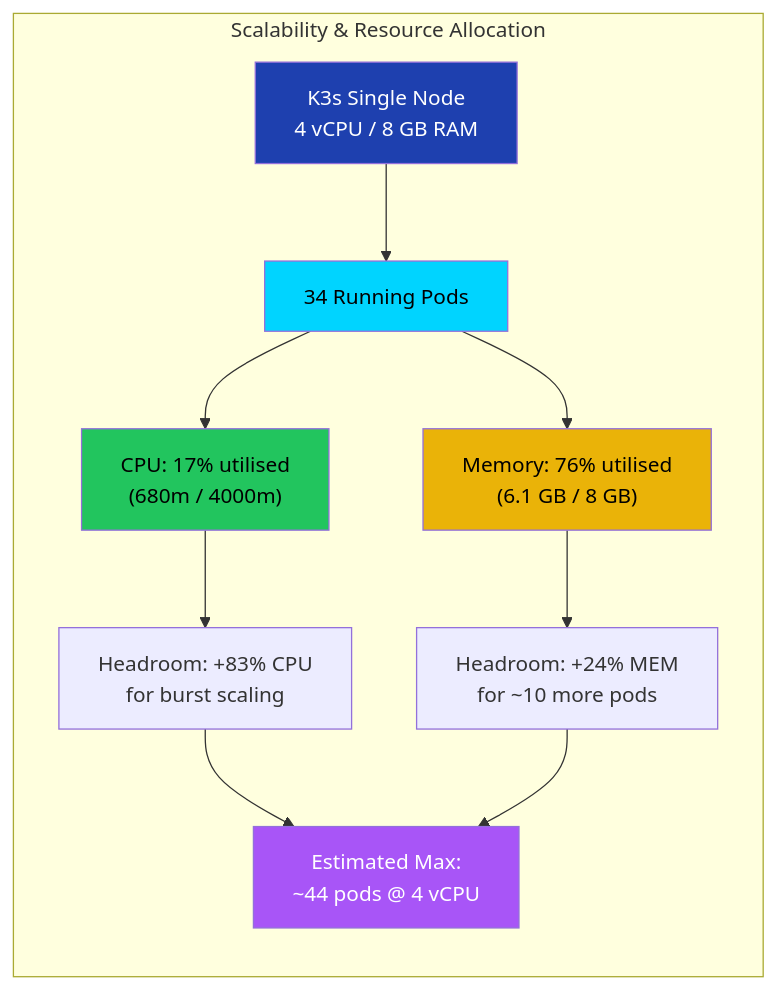
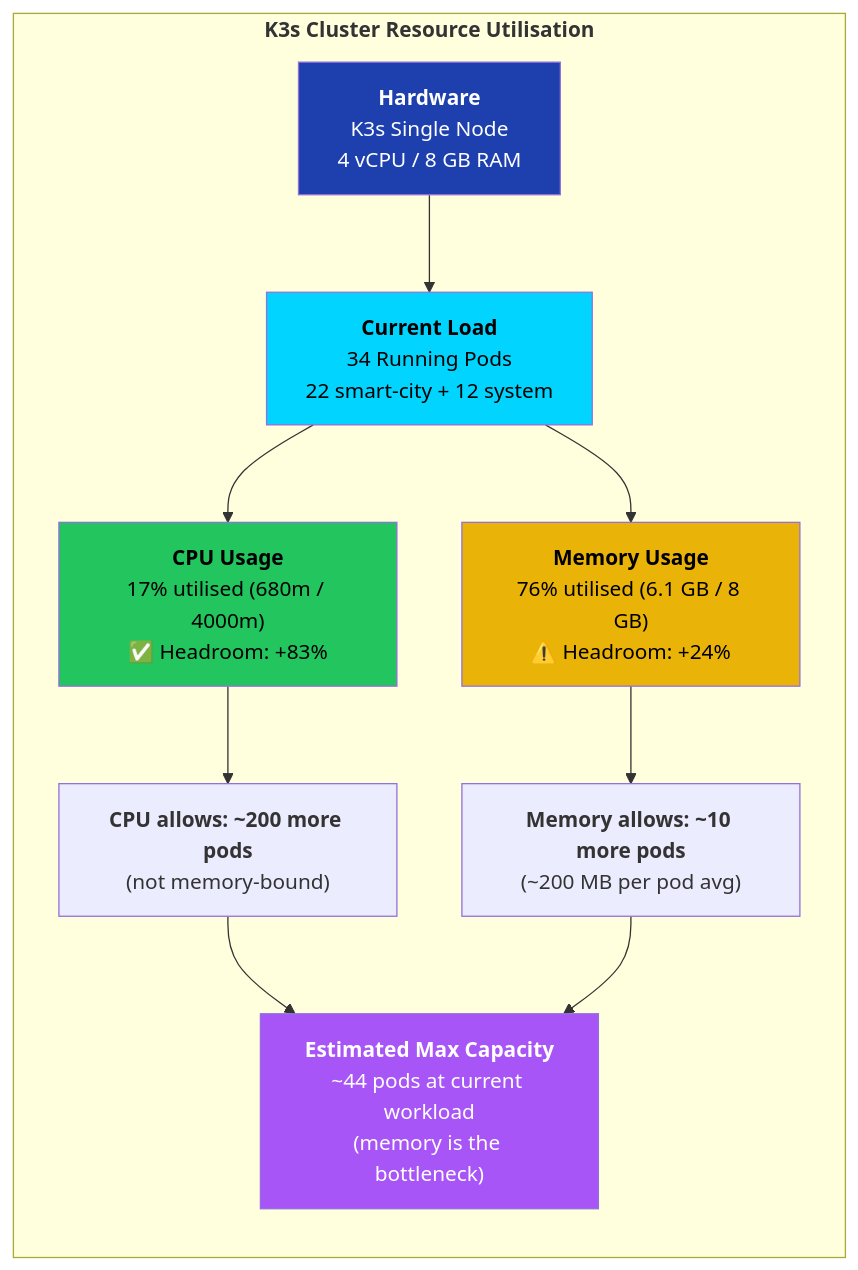
Before and after one commit to Alqaly/smart-city-ids: diagram 18 of 20 in docs/CAPSTONE_FIGURES.md, drawn with Mermaid. The commit also changed other lines of this file, not shown here.

First line of the commit message:
Improve figures file: exact placement labels + enhanced diagrams

````diff
--- a/docs/CAPSTONE_FIGURES.md
+++ b/docs/CAPSTONE_FIGURES.md
@@ -677,20 +748,20 @@
 ```mermaid
 graph TB
-    subgraph Scale["Scalability & Resource Allocation"]
+    subgraph Scale["<b>K3s Cluster Resource Utilisation</b>"]
         direction TB
-        R1["K3s Single Node\n4 vCPU / 8 GB RAM"]
-        R1 --> R2["34 Running Pods"]
-        R2 --> R3["CPU: 17% utilised\n(680m / 4000m)"]
-        R2 --> R4["Memory: 76% utilised\n(6.1 GB / 8 GB)"]
-        R3 --> R5["Headroom: +83% CPU\nfor burst scaling"]
-        R4 --> R6["Headroom: +24% MEM\nfor ~10 more pods"]
-        R5 --> R7["Estimated Max:\n~44 pods @ 4 vCPU"]
+        R1["<b>Hardware</b><br/>K3s Single Node<br/>4 vCPU / 8 GB RAM"]
+        R1 --> R2["<b>Current Load</b><br/>34 Running Pods<br/>22 smart-city + 12 system"]
+        R2 --> R3["<b>CPU Usage</b><br/>17% utilised (680m / 4000m)<br/>✅ Headroom: +83%"]
+        R2 --> R4["<b>Memory Usage</b><br/>76% utilised (6.1 GB / 8 GB)<br/>⚠️ Headroom: +24%"]
+        R3 --> R5["<b>CPU allows: ~200 more pods</b><br/>(not memory-bound)"]
+        R4 --> R6["<b>Memory allows: ~10 more pods</b><br/>(~200 MB per pod avg)"]
+        R5 --> R7["<b>Estimated Max Capacity</b><br/>~44 pods at current workload<br/>(memory is the bottleneck)"]
         R6 --> R7
     end
 
     style R1 fill:#1e40af,color:#fff
     style R2 fill:#00d4ff,color:#000
     style R3 fill:#22c55e,color:#000
     style R4 fill:#eab308,color:#000
     style R7 fill:#a855f7,color:#fff
 ```
````
